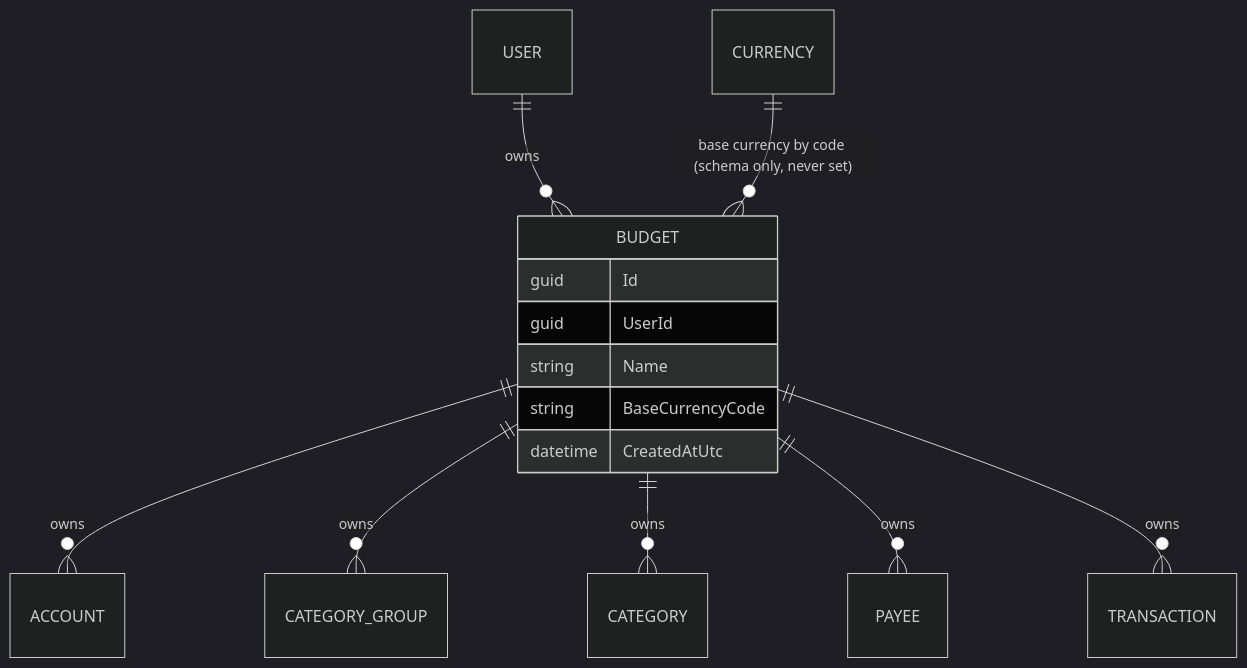
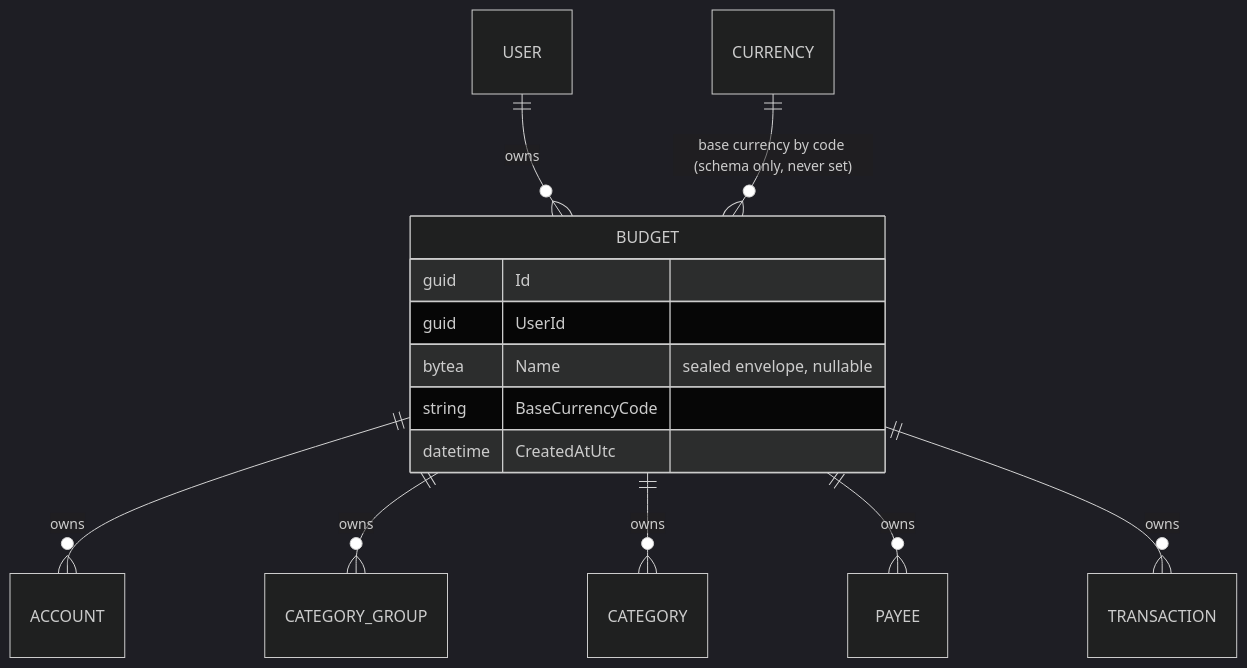
Before and after one commit to anton-kochev/budgetoid: the first of 2 diagrams in docs/business-logic/budgets.md, drawn with Mermaid (dark theme). The commit also changed other lines of this file and 33 other files, not shown here.

````diff
--- a/docs/business-logic/budgets.md
+++ b/docs/business-logic/budgets.md
@@ -46,17 +48,17 @@
 ```mermaid
 erDiagram
     USER ||--o{ BUDGET : owns
     CURRENCY ||--o{ BUDGET : "base currency by code (schema only, never set)"
     BUDGET ||--o{ ACCOUNT : owns
     BUDGET ||--o{ CATEGORY_GROUP : owns
     BUDGET ||--o{ CATEGORY : owns
     BUDGET ||--o{ PAYEE : owns
     BUDGET ||--o{ TRANSACTION : owns
     BUDGET {
         guid Id
         guid UserId
-        string Name
+        bytea Name "sealed envelope, nullable"
         string BaseCurrencyCode
         datetime CreatedAtUtc
     }
 ```
````
